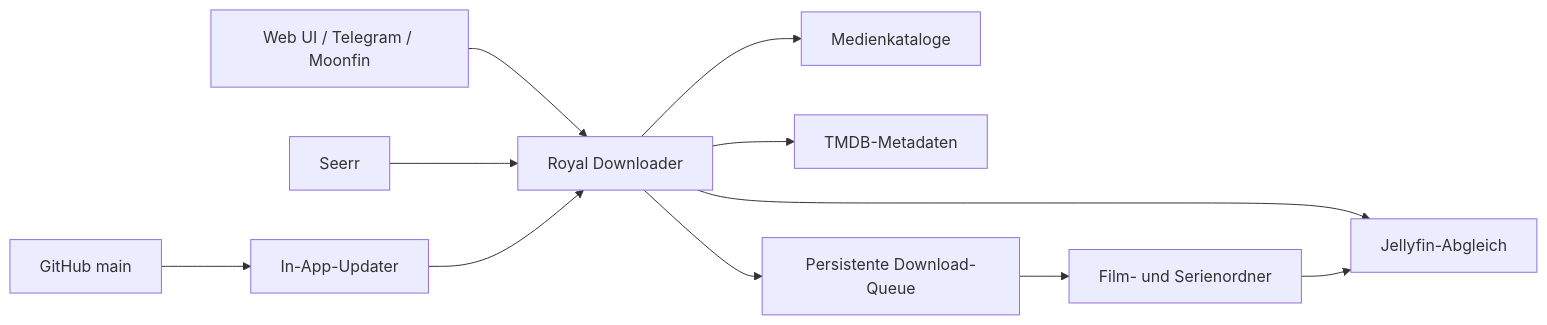
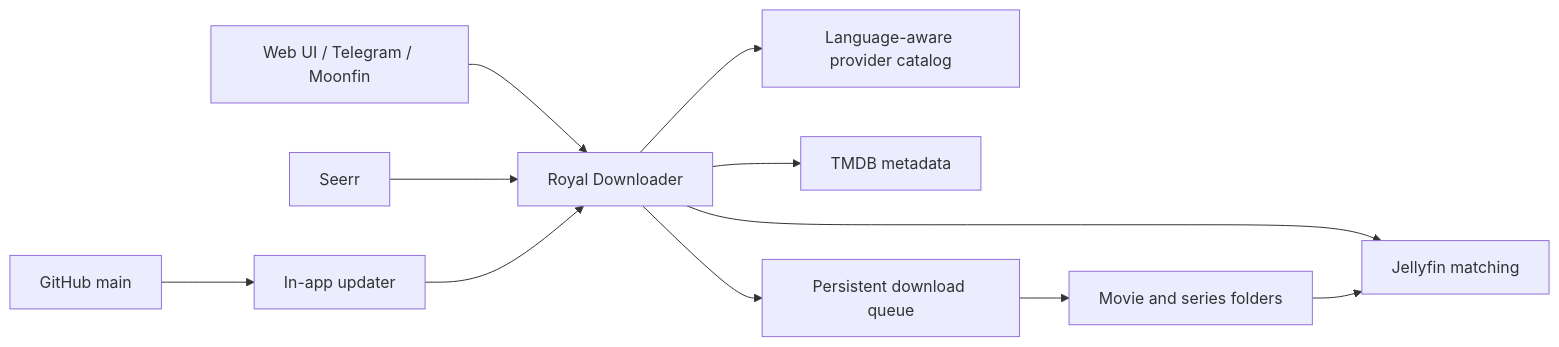
Before and after one commit to TimeLance89/RoyalDownloader: the diagram in README.md, drawn with Mermaid. The commit also changed other lines of this file and 24 other files, not shown here.

````diff
--- a/README.md
+++ b/README.md
@@ -86,13 +122,13 @@
 ```mermaid
 flowchart LR
     UI["Web UI / Telegram / Moonfin"] --> API["Royal Downloader"]
-    API --> CAT["Medienkataloge"]
-    API --> TMDB["TMDB-Metadaten"]
-    API --> JF["Jellyfin-Abgleich"]
-    API --> Q["Persistente Download-Queue"]
-    Q --> MEDIA["Film- und Serienordner"]
+    API --> CAT["Language-aware provider catalog"]
+    API --> TMDB["TMDB metadata"]
+    API --> JF["Jellyfin matching"]
+    API --> Q["Persistent download queue"]
+    Q --> MEDIA["Movie and series folders"]
     MEDIA --> JF
     SEERR["Seerr"] --> API
-    GH["GitHub main"] --> UPD["In-App-Updater"]
+    GH["GitHub main"] --> UPD["In-app updater"]
     UPD --> API
 ```
````
